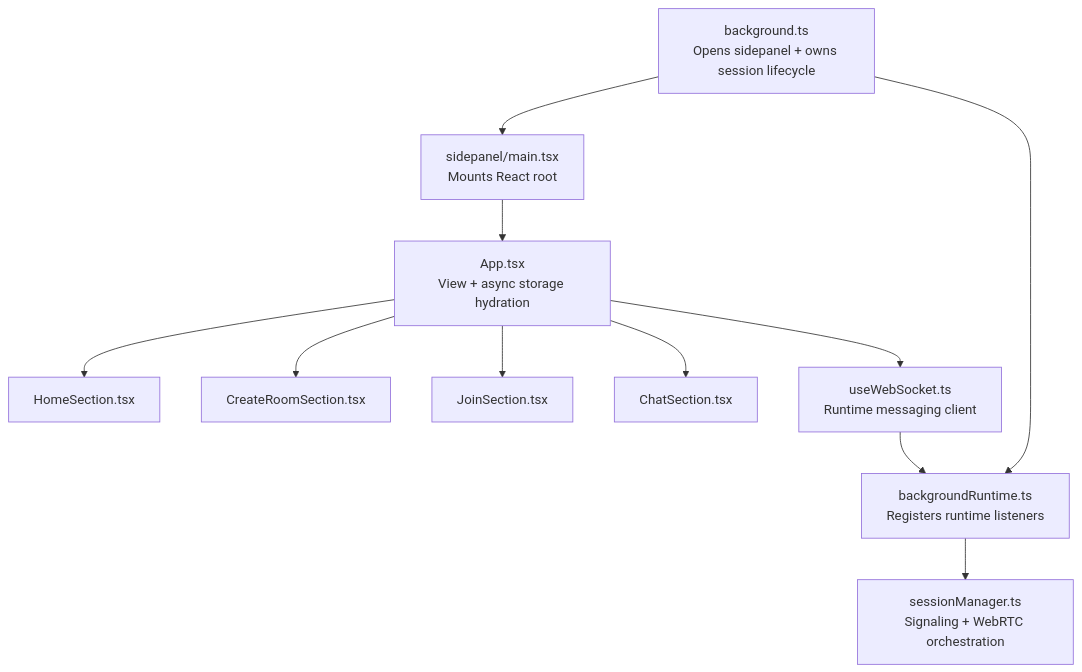
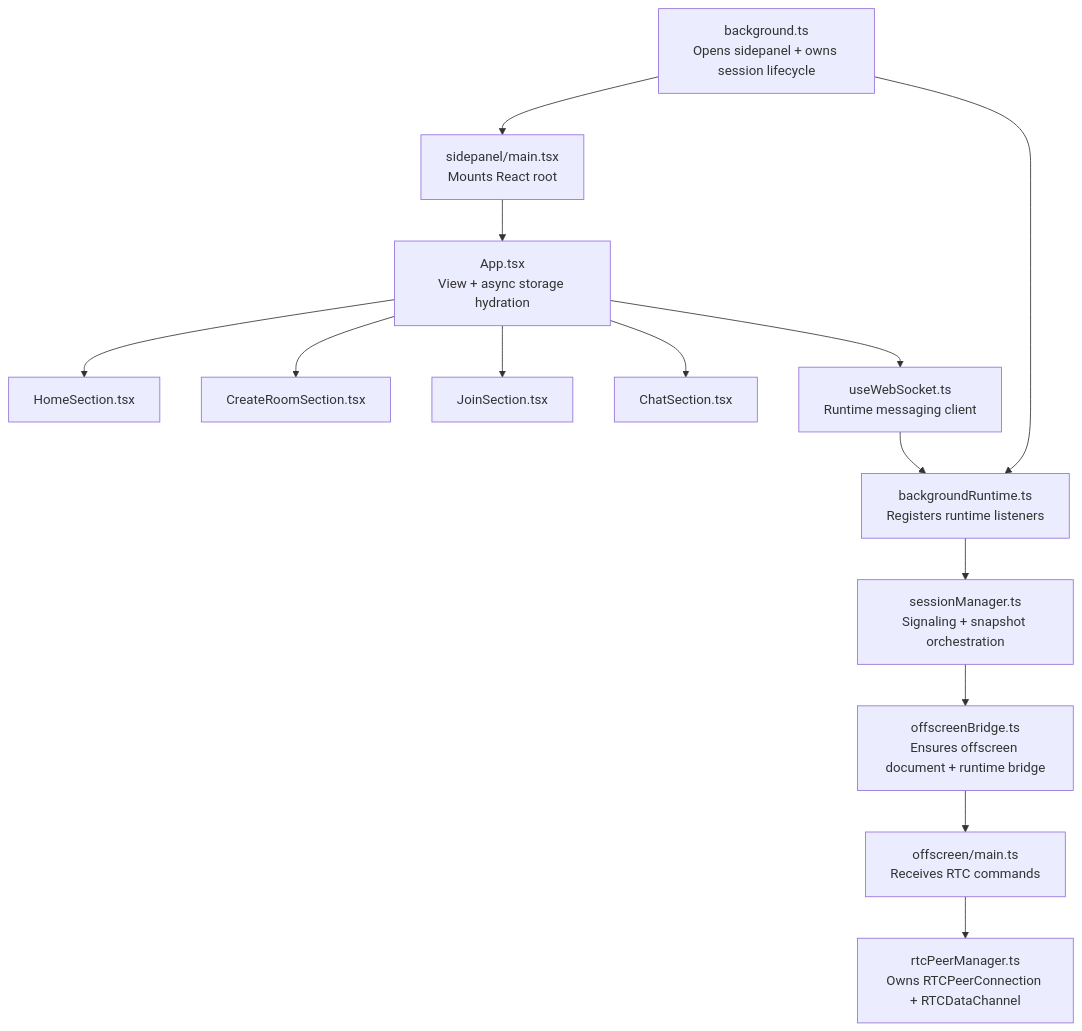
Before and after one commit to crccc/webrtc-chat: the second of 8 diagrams in docs/architecture.md, drawn with Mermaid. The commit also changed other lines of this file and 10 other files, not shown here.

Commit message:
Move WebRTC runtime into offscreen document

````diff
--- a/docs/architecture.md
+++ b/docs/architecture.md
@@ -50,24 +56,30 @@
 ```mermaid
 flowchart TD
   Background[background.ts<br/>Opens sidepanel + owns session lifecycle]
   Sidepanel[sidepanel/main.tsx<br/>Mounts React root]
   App[App.tsx<br/>View + async storage hydration]
   Create[CreateRoomSection.tsx]
   Join[JoinSection.tsx]
   Home[HomeSection.tsx]
   Chat[ChatSection.tsx]
   Hook[useWebSocket.ts<br/>Runtime messaging client]
   Bootstrap[backgroundRuntime.ts<br/>Registers runtime listeners]
-  Session[sessionManager.ts<br/>Signaling + WebRTC orchestration]
+  Session[sessionManager.ts<br/>Signaling + snapshot orchestration]
+  Bridge[offscreenBridge.ts<br/>Ensures offscreen document + runtime bridge]
+  Offscreen[offscreen/main.ts<br/>Receives RTC commands]
+  PeerMgr[rtcPeerManager.ts<br/>Owns RTCPeerConnection + RTCDataChannel]
 
   Background --> Sidepanel
   Sidepanel --> App
   App --> Home
   App --> Create
   App --> Join
   App --> Chat
   App --> Hook
   Background --> Bootstrap
   Bootstrap --> Session
+  Session --> Bridge
+  Bridge --> Offscreen
+  Offscreen --> PeerMgr
   Hook --> Bootstrap
 ```
````
